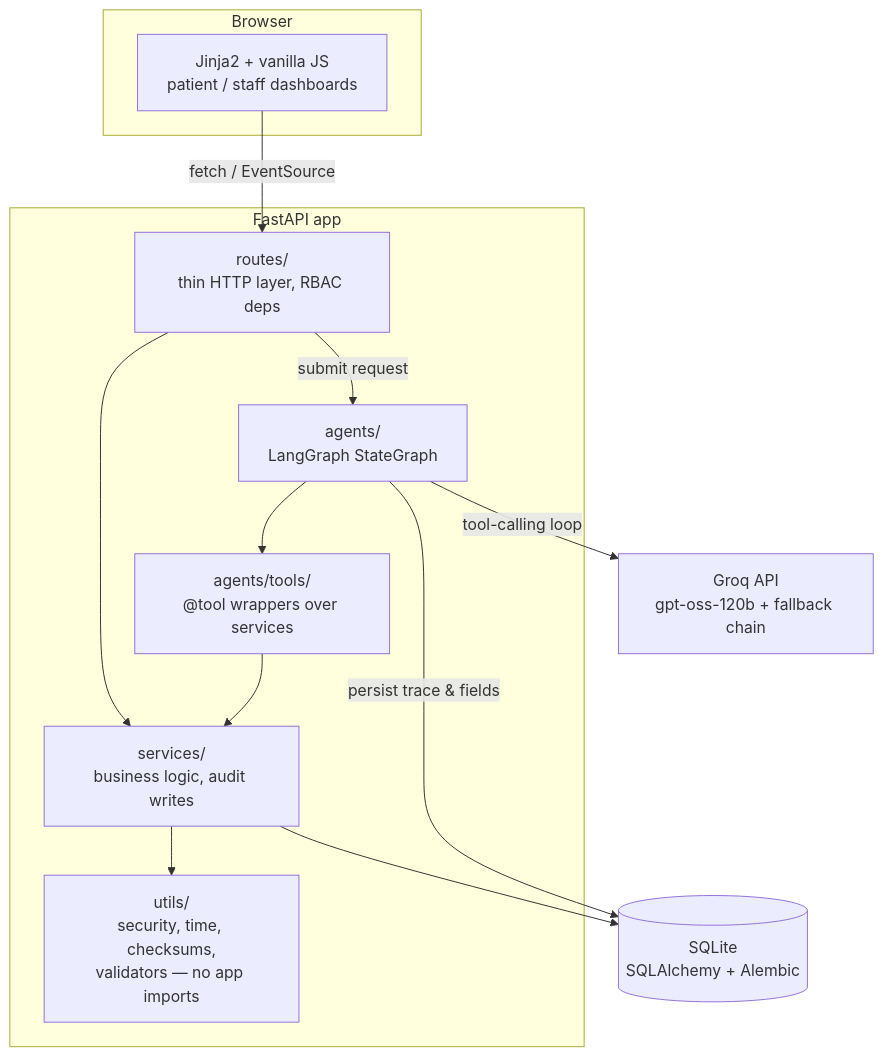
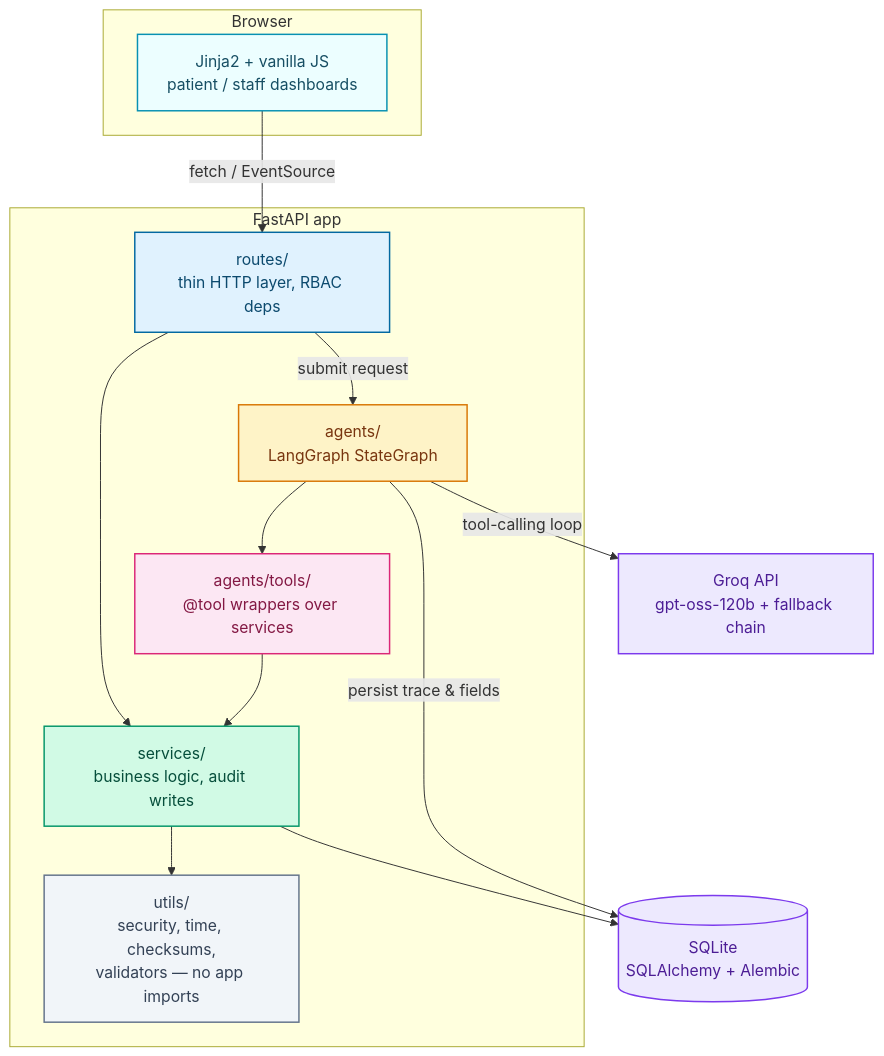
Before and after one commit to madhih2000/AgentCare: the first of 3 diagrams in README.md, drawn with Mermaid. The commit also changed other lines of this file and 16 other files, not shown here.

````diff
--- a/README.md
+++ b/README.md
@@ -55,27 +55,43 @@
 ```mermaid
 graph TB
     subgraph Client["Browser"]
         UI[Jinja2 + vanilla JS<br/>patient / staff dashboards]
     end
 
     subgraph API["FastAPI app"]
         Routes["routes/<br/>thin HTTP layer, RBAC deps"]
         Services["services/<br/>business logic, audit writes"]
         Utils["utils/<br/>security, time, checksums,<br/>validators — no app imports"]
         Agents["agents/<br/>LangGraph StateGraph"]
         Tools["agents/tools/<br/>@tool wrappers over services"]
     end
 
     LLM["Groq API<br/>gpt-oss-120b + fallback chain"]
     DB[(SQLite<br/>SQLAlchemy + Alembic)]
 
     UI -->|fetch / EventSource| Routes
     Routes --> Services
     Routes -->|submit request| Agents
     Services --> Utils
     Agents --> Tools
     Tools --> Services
     Agents -->|tool-calling loop| LLM
     Services --> DB
     Agents -->|persist trace & fields| DB
+
+    classDef client fill:#ecfeff,stroke:#0891b2,stroke-width:1.5px,color:#164e63;
+    classDef route fill:#e0f2fe,stroke:#0369a1,stroke-width:1.5px,color:#0c4a6e;
+    classDef service fill:#d1fae5,stroke:#059669,stroke-width:1.5px,color:#064e3b;
+    classDef util fill:#f1f5f9,stroke:#64748b,stroke-width:1.5px,color:#334155;
+    classDef agent fill:#fef3c7,stroke:#d97706,stroke-width:1.5px,color:#78350f;
+    classDef tool fill:#fce7f3,stroke:#db2777,stroke-width:1.5px,color:#831843;
+    classDef external fill:#ede9fe,stroke:#7c3aed,stroke-width:1.5px,color:#4c1d95;
+
+    class UI client;
+    class Routes route;
+    class Services service;
+    class Utils util;
+    class Agents agent;
+    class Tools tool;
+    class LLM,DB external;
 ```
````
